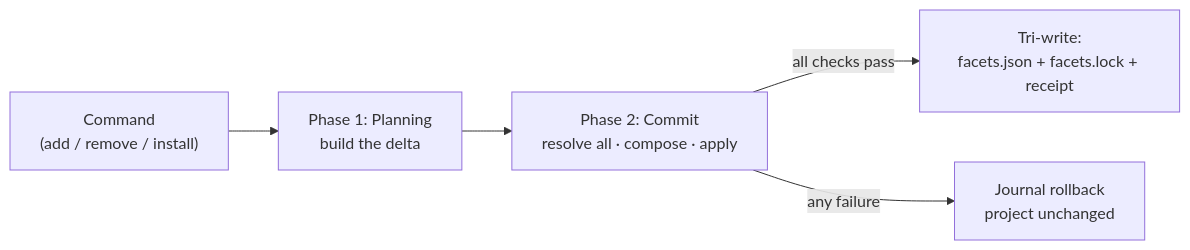
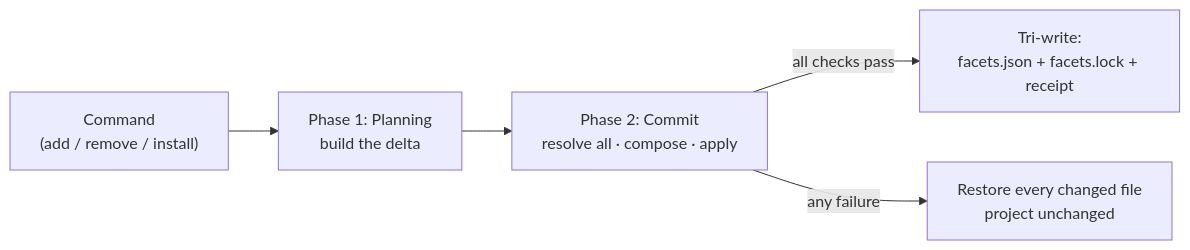
Before and after one commit to agent-facets/facets: the diagram in docs/specification/install.mdx, drawn with Mermaid. The commit also changed other lines of this file and 135 other files, not shown here.

````diff
--- a/docs/specification/install.mdx
+++ b/docs/specification/install.mdx
@@ -40,7 +40,7 @@
 ```mermaid
 flowchart LR
     CMD["Command<br/>(add / remove / install)"] --> PLAN["Phase 1: Planning<br/>build the delta"]
     PLAN --> COMMIT["Phase 2: Commit<br/>resolve all · compose · apply"]
     COMMIT -->|all checks pass| OK["Tri-write:<br/>facets.json + facets.lock + receipt"]
-    COMMIT -->|any failure| RB["Journal rollback<br/>project unchanged"]
+    COMMIT -->|any failure| RB["Restore every changed file<br/>project unchanged"]
 ```
````
